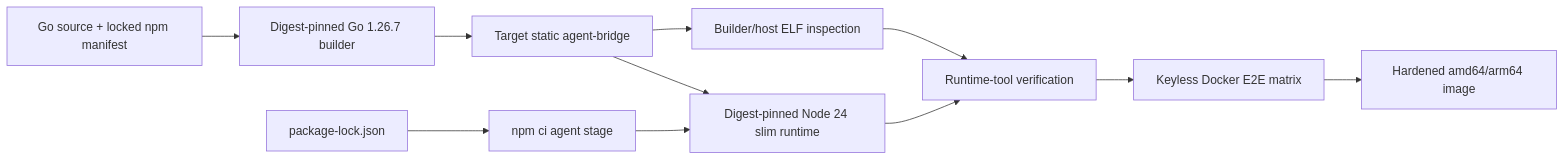
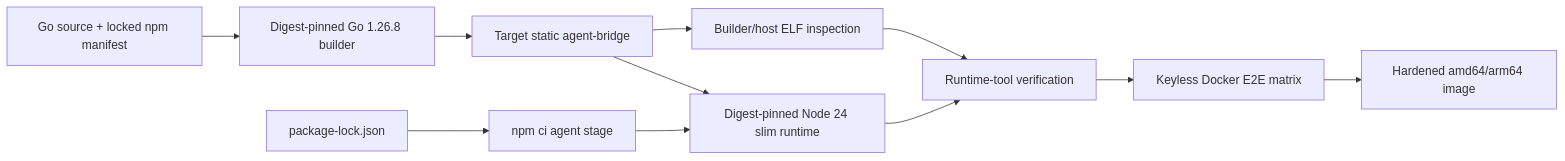
Before and after one commit to viethoangcr/agent-bridge: the diagram in docs/plans/20260823-06-runtime-image-e2e.md, drawn with Mermaid. The commit also changed other lines of this file and 7 other files, not shown here.

````diff
--- a/docs/plans/20260823-06-runtime-image-e2e.md
+++ b/docs/plans/20260823-06-runtime-image-e2e.md
@@ -56,13 +59,13 @@
 ```mermaid
 flowchart LR
-    Source[Go source + locked npm manifest] --> Builder[Digest-pinned Go 1.26.7 builder]
+    Source[Go source + locked npm manifest] --> Builder[Digest-pinned Go 1.26.8 builder]
     Builder --> Binary[Target static agent-bridge]
     Lock[package-lock.json] --> NPM[npm ci agent stage]
     Binary --> Runtime[Digest-pinned Node 24 slim runtime]
     NPM --> Runtime
     Runtime --> Verify[Runtime-tool verification]
     Binary --> Static[Builder/host ELF inspection]
     Static --> Verify
     Verify --> E2E[Keyless Docker E2E matrix]
     E2E --> Release[Hardened amd64/arm64 image]
 ```
````
